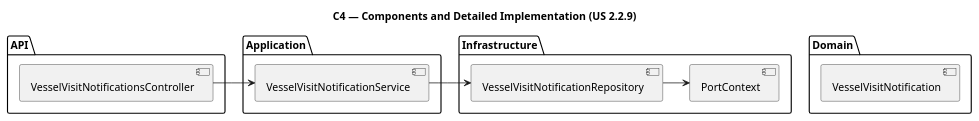
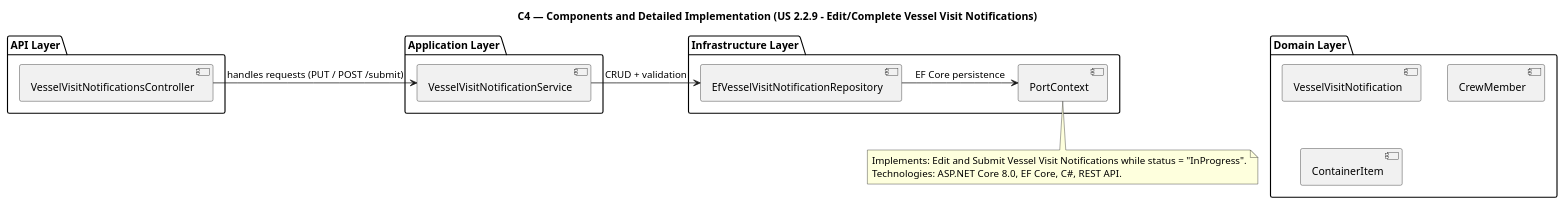
The diagram in Docs/Sprint A/US 2.2.9/Modelo C4/C4_Impl.puml (Departamento-de-Engenharia-Informatica/LEI-SEM5-PI-2025-26-3DM-03), drawn with PlantUML before and after one commit. The commit also changed other lines of this file and 12 other files, not shown here.

Commit message:
Refactor UML diagrams for Vessel Visit Notifications #10

```diff
--- a/Docs/Sprint A/US 2.2.9/Modelo C4/C4_Impl.puml
+++ b/Docs/Sprint A/US 2.2.9/Modelo C4/C4_Impl.puml
@@ -2,25 +1,32 @@
 @startuml C4_Impl
-title C4 — Components and Detailed Implementation (US 2.2.9)
+title C4 — Components and Detailed Implementation (US 2.2.9 – Edit/Complete Vessel Visit Notifications)
 
-package "API" {
+package "API Layer" {
   [VesselVisitNotificationsController]
 }
 
-package "Application" {
+package "Application Layer" {
   [VesselVisitNotificationService]
 }
 
-package "Domain" {
+package "Domain Layer" {
   [VesselVisitNotification]
+  [CrewMember]
+  [ContainerItem]
 }
 
-package "Infrastructure" {
-  [VesselVisitNotificationRepository]
+package "Infrastructure Layer" {
+  [EfVesselVisitNotificationRepository]
   [PortContext]
 }
 
-[VesselVisitNotificationsController] -> [VesselVisitNotificationService]
-[VesselVisitNotificationService] -> [VesselVisitNotificationRepository]
-[VesselVisitNotificationRepository] -> [PortContext]
+[VesselVisitNotificationsController] -> [VesselVisitNotificationService] : handles requests (PUT / POST /submit)
+[VesselVisitNotificationService] -> [EfVesselVisitNotificationRepository] : CRUD + validation
+[EfVesselVisitNotificationRepository] -> [PortContext] : EF Core persistence
+
+note bottom
+Implements: Edit and Submit Vessel Visit Notifications while status = "InProgress".
+Technologies: ASP.NET Core 8.0, EF Core, C#, REST API.
+end note
 
 @enduml
```
